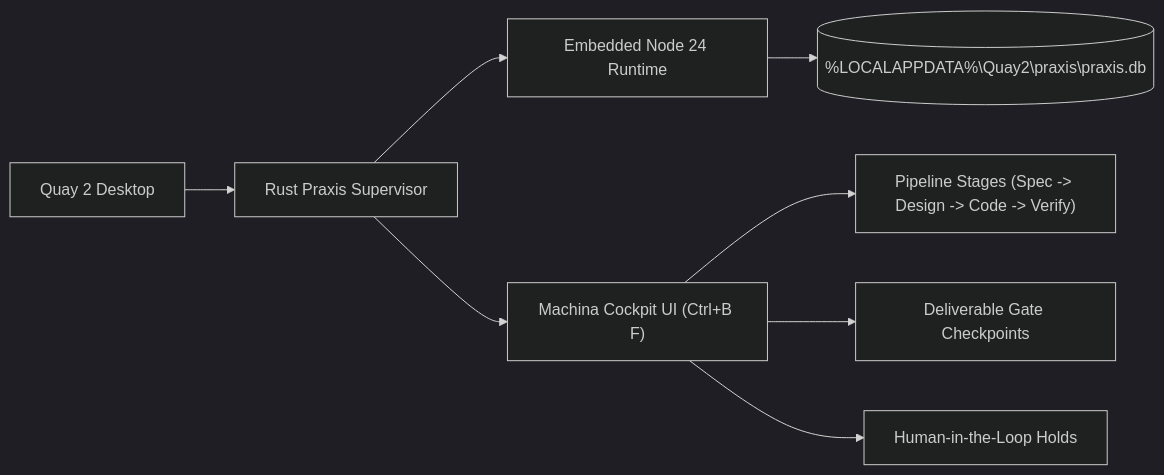
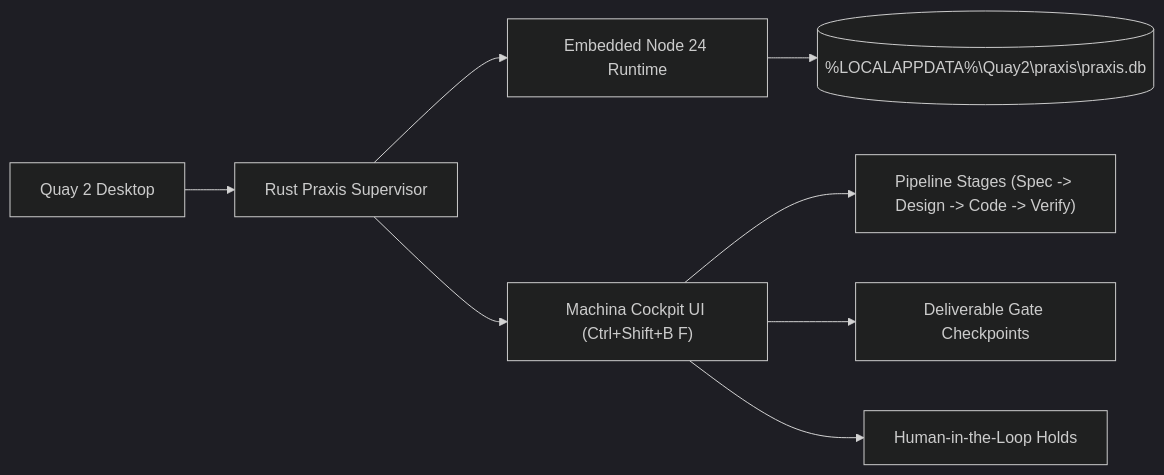
Before and after one commit to seanrobertwright/Quay-2: the diagram in docs/features/machina-praxis.md, drawn with Mermaid (dark theme). The commit also changed other lines of this file and 38 other files, not shown here.

````diff
--- a/docs/features/machina-praxis.md
+++ b/docs/features/machina-praxis.md
@@ -11,11 +11,11 @@
 ```mermaid
 flowchart LR
     Quay["Quay 2 Desktop"] --> Supervisor["Rust Praxis Supervisor"]
     Supervisor --> Node["Embedded Node 24 Runtime"]
     Node --> DB[("%LOCALAPPDATA%\Quay2\praxis\praxis.db")]
-    Supervisor --> Cockpit["Machina Cockpit UI (Ctrl+B F)"]
+    Supervisor --> Cockpit["Machina Cockpit UI (Ctrl+Shift+B F)"]
     
     Cockpit --> Stages["Pipeline Stages (Spec -> Design -> Code -> Verify)"]
     Cockpit --> Gates["Deliverable Gate Checkpoints"]
     Cockpit --> Holds["Human-in-the-Loop Holds"]
 ```
````
